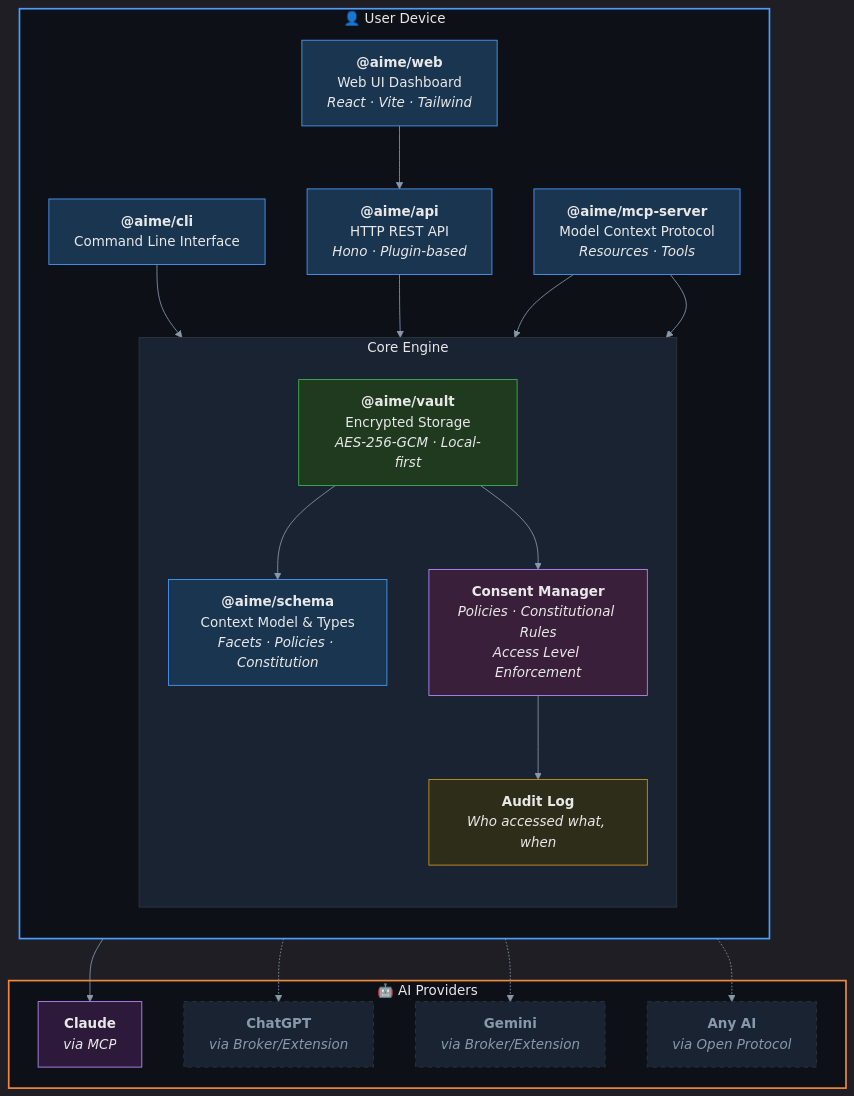
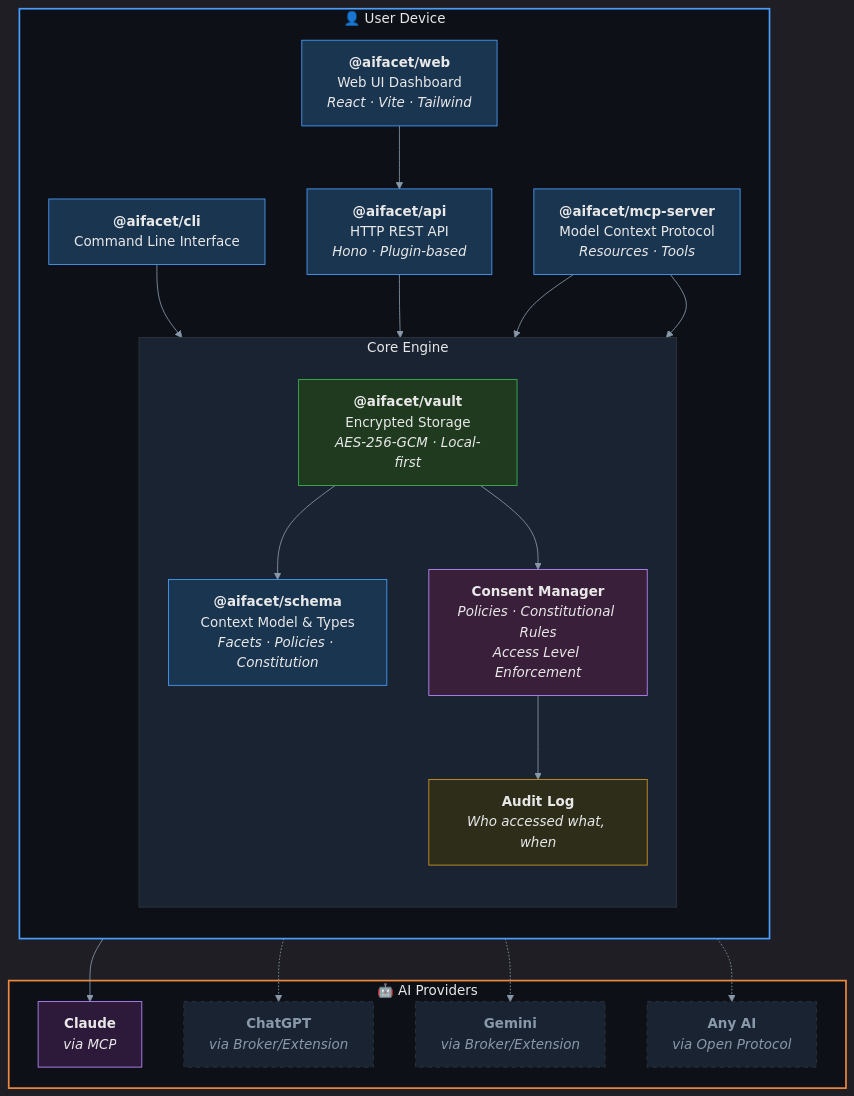
The first of 6 diagrams in docs/design/ARCHITECTURE.md (escamez/aifacet), drawn with Mermaid before and after one commit. The commit also changed other lines of this file and 46 other files, not shown here.

First line of the commit message:
Rename project from AIME/contextme to AIFacet

````diff
--- a/docs/design/ARCHITECTURE.md
+++ b/docs/design/ARCHITECTURE.md
@@ -8,60 +8,60 @@
 ```mermaid
 %%{init: {'theme': 'dark', 'themeVariables': {'primaryColor': '#4a9eff', 'primaryTextColor': '#e8e8e8', 'primaryBorderColor': '#6bb3ff', 'lineColor': '#8899aa', 'secondaryColor': '#2d5a8a', 'tertiaryColor': '#1a3550', 'background': '#0d1117', 'mainBkg': '#161b22', 'nodeBorder': '#4a9eff', 'clusterBkg': '#161b22', 'clusterBorder': '#30363d', 'titleColor': '#e8e8e8', 'edgeLabelBackground': '#161b22', 'noteTextColor': '#e8e8e8', 'noteBkgColor': '#1a3550', 'noteBorderColor': '#4a9eff'}}}%%
 
 graph TB
     subgraph USER["👤 User Device"]
         direction TB
-        CLI["<b>@aime/cli</b><br/>Command Line Interface"]
-        WEB["<b>@aime/web</b><br/>Web UI Dashboard<br/><i>React · Vite · Tailwind</i>"]
+        CLI["<b>@aifacet/cli</b><br/>Command Line Interface"]
+        WEB["<b>@aifacet/web</b><br/>Web UI Dashboard<br/><i>React · Vite · Tailwind</i>"]
 
         subgraph CORE["Core Engine"]
             direction TB
-            SCHEMA["<b>@aime/schema</b><br/>Context Model &amp; Types<br/><i>Facets · Policies · Constitution</i>"]
-            VAULT["<b>@aime/vault</b><br/>Encrypted Storage<br/><i>AES-256-GCM · Local-first</i>"]
+            SCHEMA["<b>@aifacet/schema</b><br/>Context Model &amp; Types<br/><i>Facets · Policies · Constitution</i>"]
+            VAULT["<b>@aifacet/vault</b><br/>Encrypted Storage<br/><i>AES-256-GCM · Local-first</i>"]
             CONSENT["<b>Consent Manager</b><br/><i>Policies · Constitutional Rules</i><br/><i>Access Level Enforcement</i>"]
             AUDIT["<b>Audit Log</b><br/><i>Who accessed what, when</i>"]
         end
 
-        API["<b>@aime/api</b><br/>HTTP REST API<br/><i>Hono · Plugin-based</i>"]
-        MCP["<b>@aime/mcp-server</b><br/>Model Context Protocol<br/><i>Resources · Tools</i>"]
+        API["<b>@aifacet/api</b><br/>HTTP REST API<br/><i>Hono · Plugin-based</i>"]
+        MCP["<b>@aifacet/mcp-server</b><br/>Model Context Protocol<br/><i>Resources · Tools</i>"]
     end
 
     subgraph PROVIDERS["🤖 AI Providers"]
         CLAUDE["<b>Claude</b><br/><i>via MCP</i>"]
         GPT["<b>ChatGPT</b><br/><i>via Broker/Extension</i>"]
         GEMINI["<b>Gemini</b><br/><i>via Broker/Extension</i>"]
         OTHER["<b>Any AI</b><br/><i>via Open Protocol</i>"]
     end
 
     CLI --> VAULT
     WEB --> API
     API --> VAULT
     VAULT --> SCHEMA
     VAULT --> CONSENT
     CONSENT --> AUDIT
     MCP --> VAULT
     MCP --> CONSENT
 
     MCP --> CLAUDE
     API -.-> GPT
     API -.-> GEMINI
     API -.-> OTHER
 
     style USER fill:#0d1117,stroke:#4a9eff,stroke-width:2px,color:#e8e8e8
     style CORE fill:#1a2332,stroke:#30363d,stroke-width:1px,color:#e8e8e8
     style PROVIDERS fill:#0d1117,stroke:#f0883e,stroke-width:2px,color:#e8e8e8
 
     style CLI fill:#1a3550,stroke:#4a9eff,color:#e8e8e8
     style WEB fill:#1a3550,stroke:#4a9eff,color:#e8e8e8
     style SCHEMA fill:#1a3550,stroke:#4a9eff,color:#e8e8e8
     style VAULT fill:#1f3a1f,stroke:#3fb950,color:#e8e8e8
     style CONSENT fill:#3a1f3a,stroke:#bc8cff,color:#e8e8e8
     style AUDIT fill:#2d2d1a,stroke:#d29922,color:#e8e8e8
     style API fill:#1a3550,stroke:#4a9eff,color:#e8e8e8
     style MCP fill:#1a3550,stroke:#4a9eff,color:#e8e8e8
 
     style CLAUDE fill:#2d1a3a,stroke:#bc8cff,color:#e8e8e8
     style GPT fill:#1a2332,stroke:#30363d,stroke-dasharray:5 5,color:#8899aa
     style GEMINI fill:#1a2332,stroke:#30363d,stroke-dasharray:5 5,color:#8899aa
     style OTHER fill:#1a2332,stroke:#30363d,stroke-dasharray:5 5,color:#8899aa
 ```
````
